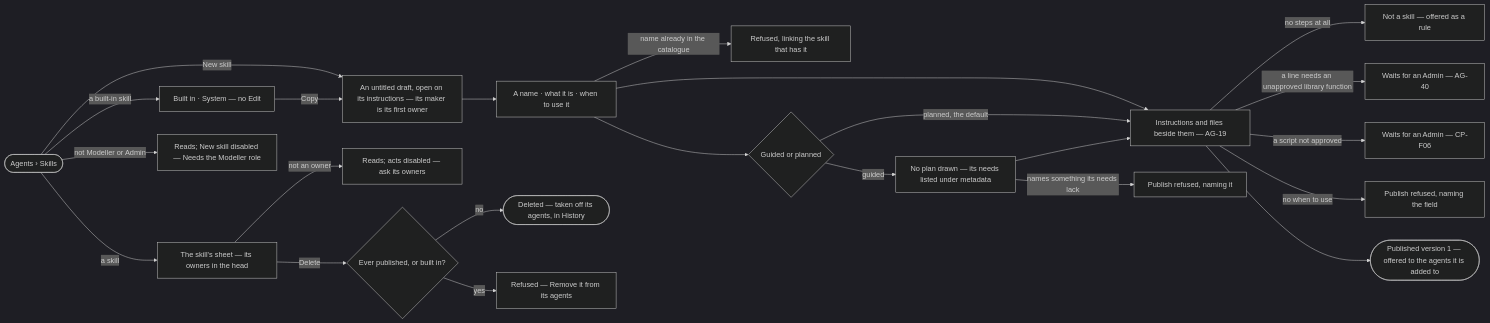
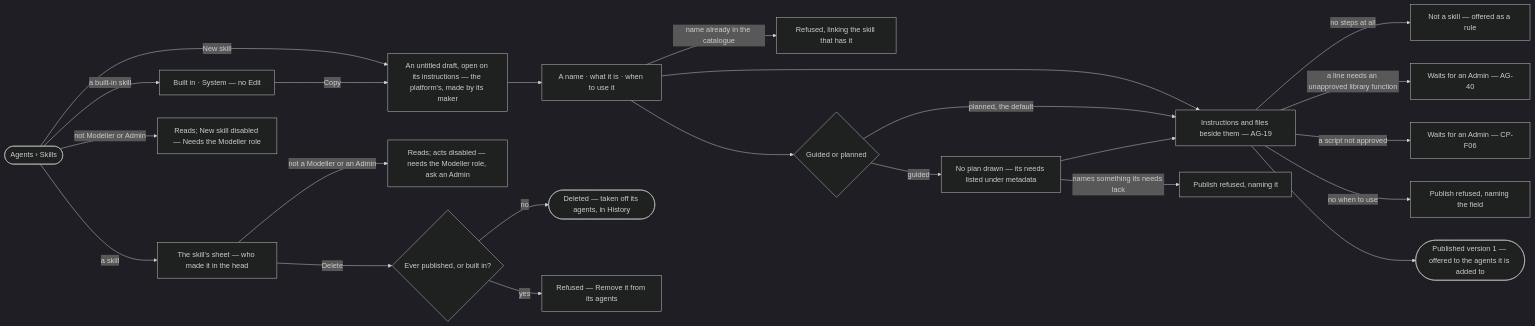
Before and after one commit to invana/invana: the diagram in specs/capabilities/agents/features/AG-F04-skills/stories/AG-37-build-a-skill-once-for-every-agent-that-does-the-work/story.md, drawn with Mermaid (dark theme). The commit also changed other lines of this file and 300 other files, not shown here.

````diff
--- a/specs/capabilities/agents/features/AG-F04-skills/stories/AG-37-build-a-skill-once-for-every-agent-that-does-the-work/story.md
+++ b/specs/capabilities/agents/features/AG-F04-skills/stories/AG-37-build-a-skill-once-for-every-agent-that-does-the-work/story.md
@@ -28,24 +29,24 @@
 ```mermaid
 flowchart LR
-  s([Agents › Skills]) -->|New skill| d["An untitled draft, open on its instructions — its maker is its first owner"]
-  s -->|a skill| sh["The skill's sheet — its owners in the head"]
+  s([Agents › Skills]) -->|New skill| d["An untitled draft, open on its instructions — the platform's, made by its maker"]
+  s -->|a skill| sh["The skill's sheet — who made it in the head"]
   s -->|a built-in skill| bi["Built in · System — no Edit"]
   bi -->|Copy| d
   d --> n["A name · what it is · when to use it"]
   n -->|name already in the catalogue| nx["Refused, linking the skill that has it"]
   n --> i["Instructions and files beside them — AG-19"]
   i -->|no steps at all| r["Not a skill — offered as a rule"]
   i -->|a line needs an unapproved library function| ap["Waits for an Admin — AG-40"]
   i -->|a script not approved| sp["Waits for an Admin — CP-F06"]
   n --> md{"Guided or planned"}
   md -->|planned, the default| i
   md -->|guided| gi["No plan drawn — its needs listed under metadata"] --> i
   gi -->|names something its needs lack| gx["Publish refused, naming it"]
   i -->|no when to use| wx["Publish refused, naming the field"]
   i --> p(["Published version 1 — offered to the agents it is added to"])
   s -->|not Modeller or Admin| ro["Reads; New skill disabled — Needs the Modeller role"]
-  sh -->|not an owner| no["Reads; acts disabled — ask its owners"]
+  sh -->|not a Modeller or an Admin| no["Reads; acts disabled — needs the Modeller role, ask an Admin"]
   sh -->|Delete| dl{"Ever published, or built in?"}
   dl -->|no| gone(["Deleted — taken off its agents, in History"])
   dl -->|yes| dx["Refused — Remove it from its agents"]
 ```
````
